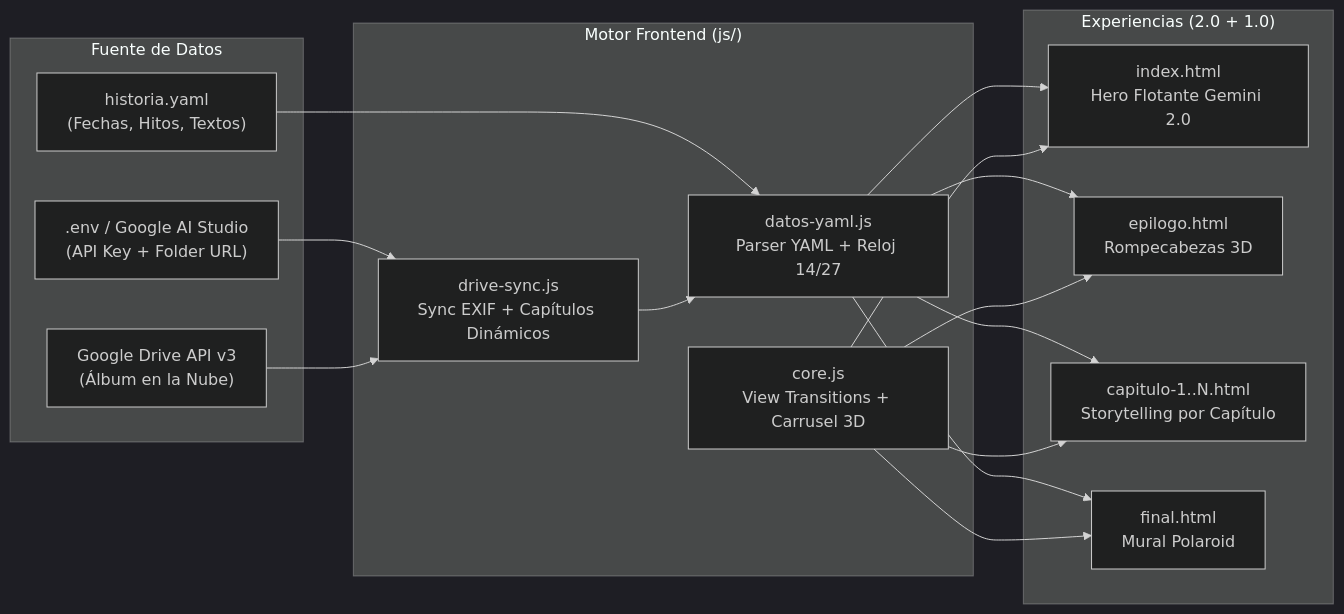
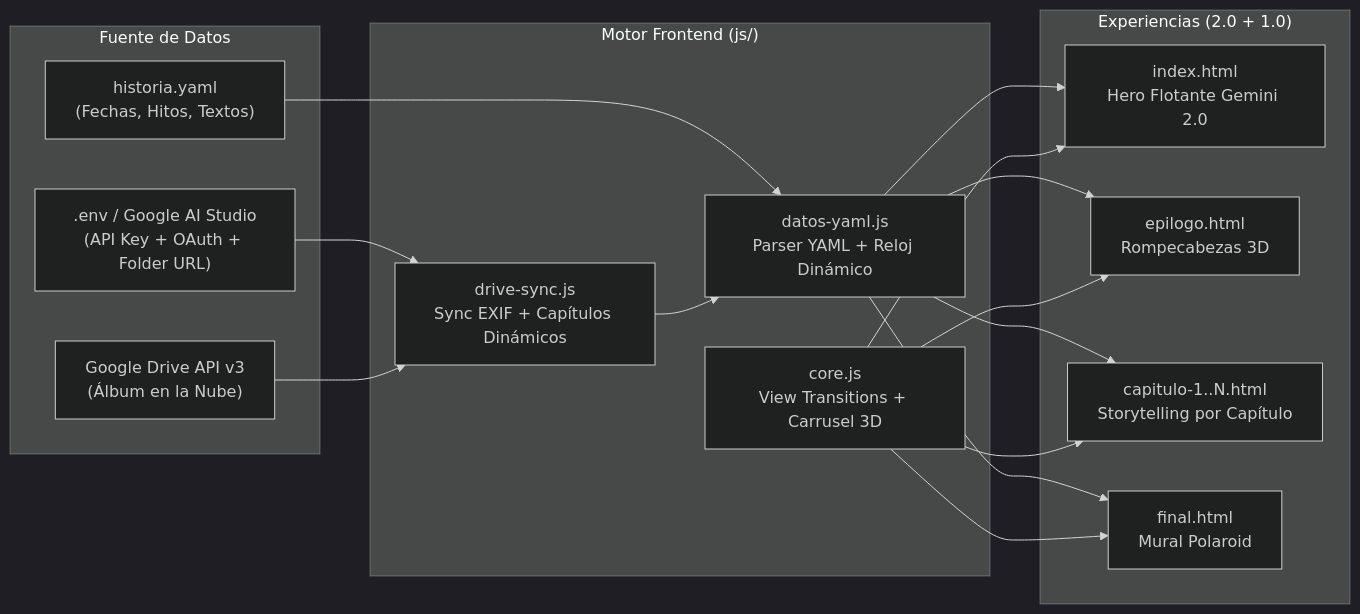
One commit to Nekimu/Spatial-Love-Story changed the diagram in README.md. Above: the diagram before and after it, drawn with Mermaid (dark theme). The commit also changed other lines of this file and 16 other files, not shown here.

````diff
--- a/README.md
+++ b/README.md
@@ -39,34 +39,34 @@
 ```mermaid
 flowchart LR
   subgraph Config["Fuente de Datos"]
     YAML["historia.yaml<br/>(Fechas, Hitos, Textos)"]
-    ENV[".env / Google AI Studio<br/>(API Key + Folder URL)"]
+    ENV[".env / Google AI Studio<br/>(API Key + OAuth + Folder URL)"]
     DRIVE["Google Drive API v3<br/>(Álbum en la Nube)"]
   end
 
   subgraph Core["Motor Frontend (js/)"]
-    DATOS["datos-yaml.js<br/>Parser YAML + Reloj 14/27"]
+    DATOS["datos-yaml.js<br/>Parser YAML + Reloj Dinámico"]
     SYNC["drive-sync.js<br/>Sync EXIF + Capítulos Dinámicos"]
     UNI["core.js<br/>View Transitions + Carrusel 3D"]
   end
 
   subgraph Views["Experiencias (2.0 + 1.0)"]
     HOME["index.html<br/>Hero Flotante Gemini 2.0"]
     ORIG["epilogo.html<br/>Rompecabezas 3D"]
     CAPS["capitulo-1..N.html<br/>Storytelling por Capítulo"]
     WALL["final.html<br/>Mural Polaroid"]
   end
 
   YAML --> DATOS
   ENV --> SYNC
   DRIVE --> SYNC
   SYNC --> DATOS
   DATOS --> HOME
   DATOS --> ORIG
   DATOS --> CAPS
   DATOS --> WALL
   UNI --> HOME
   UNI --> ORIG
   UNI --> CAPS
   UNI --> WALL
 ```
````
